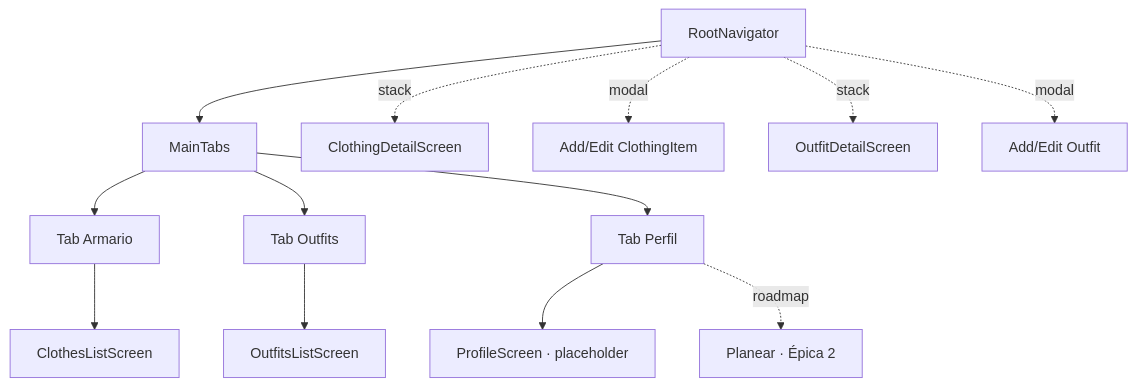
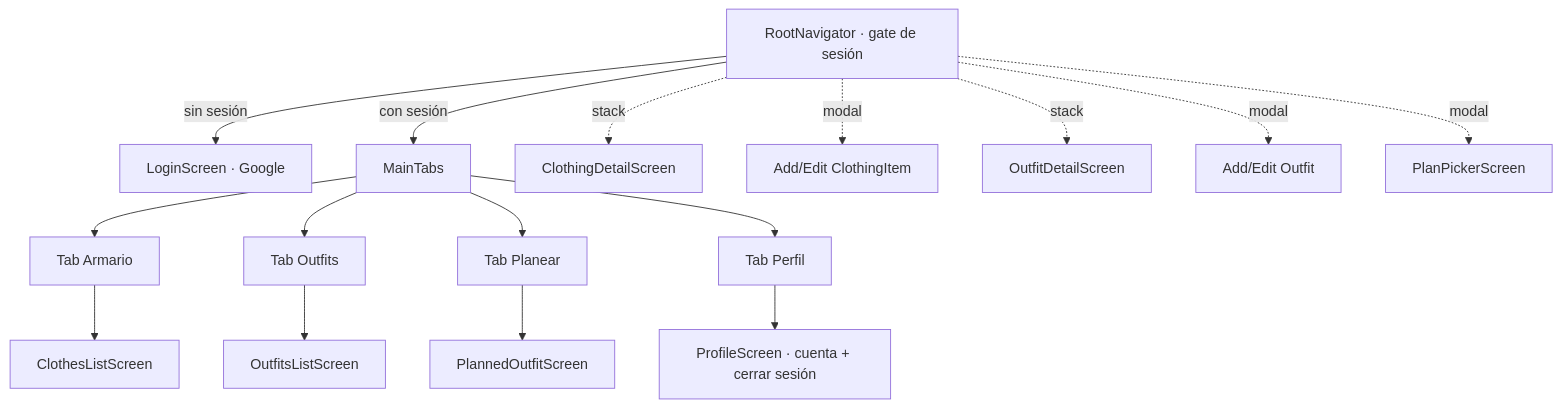
The first of 3 diagrams in README.md (danielmao/ready), drawn with Mermaid before and after one commit. The commit also changed other lines of this file and 2 other files, not shown here.

````diff
--- a/README.md
+++ b/README.md
@@ -131,18 +150,20 @@
 ```mermaid
 graph TD
-    Root[RootNavigator] --> Tabs[MainTabs]
+    Root[RootNavigator · gate de sesión] -->|sin sesión| LG[LoginScreen · Google]
+    Root -->|con sesión| Tabs[MainTabs]
     Tabs --> T1[Tab Armario]
     Tabs --> T2[Tab Outfits]
-    Tabs --> T3[Tab Perfil]
+    Tabs --> T3[Tab Planear]
+    Tabs --> T4[Tab Perfil]
 
     T1 --> CL[ClothesListScreen]
     T2 --> OL[OutfitsListScreen]
-    T3 --> PR[ProfileScreen · placeholder]
+    T3 --> PL[PlannedOutfitScreen]
+    T4 --> PR[ProfileScreen · cuenta + cerrar sesión]
 
     Root -. stack .-> CD[ClothingDetailScreen]
     Root -. modal .-> CC[Add/Edit ClothingItem]
     Root -. stack .-> OD[OutfitDetailScreen]
     Root -. modal .-> OC[Add/Edit Outfit]
-
-    T3 -. roadmap .-> PO[Planear · Épica 2]
+    Root -. modal .-> PP[PlanPickerScreen]
 ```
````
